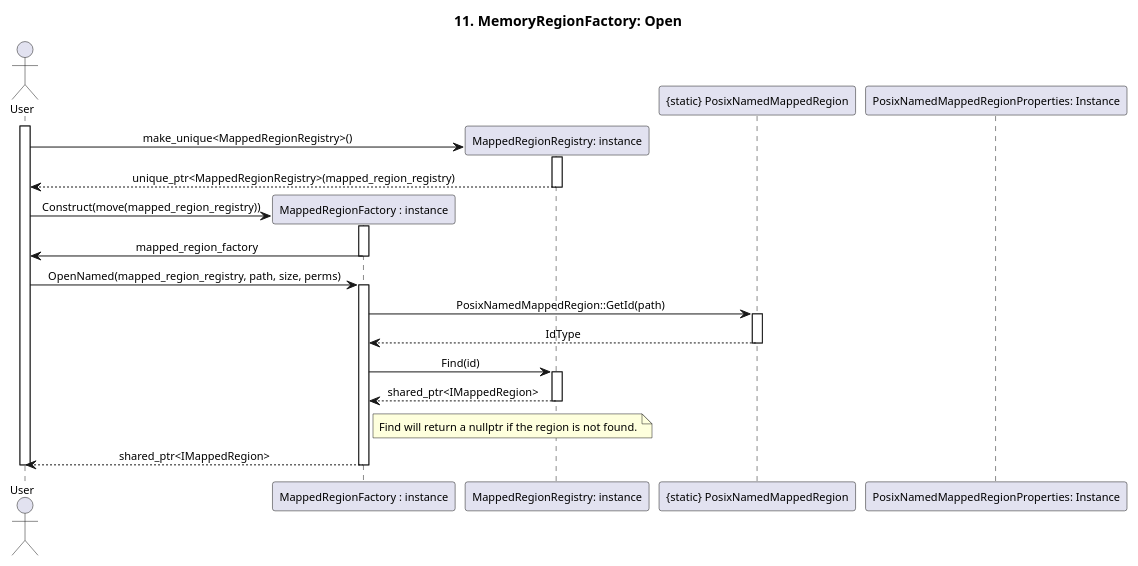
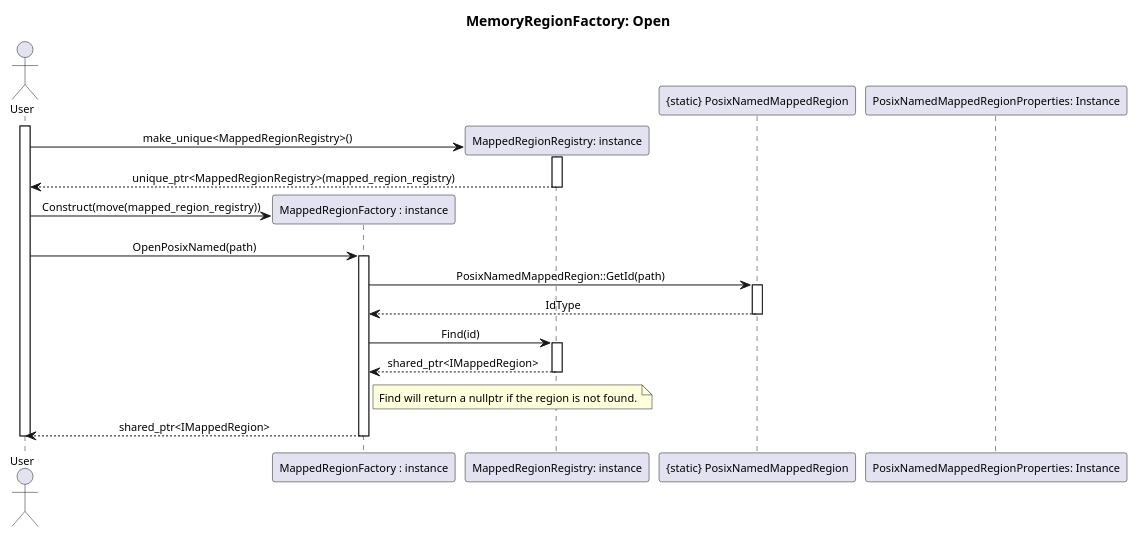
Before and after one commit to eclipse-score/communication: the diagram in score/memory/shared/design/redesign_proposal/assets/seq_11_mapped_region_factory_open.puml, drawn with PlantUML. The commit also changed 32 other files, not shown here.

Commit message:
Adapt sequences, class diagram and extended README.md

```diff
--- a/score/memory/shared/design/redesign_proposal/assets/seq_11_mapped_region_factory_open.puml
+++ b/score/memory/shared/design/redesign_proposal/assets/seq_11_mapped_region_factory_open.puml
@@ -1,55 +1,52 @@
 @startuml seq_11_mapped_region_factory_open
-title 11. MemoryRegionFactory: Open
+title MemoryRegionFactory: Open
 skinparam defaultFontSize 11
 skinparam sequenceMessageAlign center
 
 actor "User" as User
 participant "MappedRegionFactory : instance" as mapped_region_factory
 participant "MappedRegionRegistry: instance" as mapped_region_registry
 ' participant "IMappedRegionRegistry" as mapped_region_registry
 participant "{static} PosixNamedMappedRegion" as mapped_region
 participant "PosixNamedMappedRegionProperties: Instance" as posix_named_mapped_region_properties
 
 activate User
 
 Create mapped_region_registry
 User -> mapped_region_registry : make_unique<MappedRegionRegistry>()
 activate mapped_region_registry
 
 mapped_region_registry --> User : unique_ptr<MappedRegionRegistry>(mapped_region_registry)
 deactivate mapped_region_registry
 
 Create mapped_region_factory
 User -> mapped_region_factory : Construct(move(mapped_region_registry))
-activate mapped_region_factory
 
-mapped_region_factory -> User : mapped_region_factory
-deactivate mapped_region_factory
 
-User -> mapped_region_factory : OpenNamed(mapped_region_registry, path, size, perms)
+User -> mapped_region_factory : OpenPosixNamed(path)
 activate mapped_region_factory
 
 ' mapped_region_factory -> mapped_region_factory : CreateId(path)
 
 mapped_region_factory -> mapped_region : PosixNamedMappedRegion::GetId(path)
 activate mapped_region
 
 mapped_region --> mapped_region_factory : IdType
 deactivate mapped_region
 
 mapped_region_factory -> mapped_region_registry : Find(id)
 activate mapped_region_registry
 
 mapped_region_registry --> mapped_region_factory : shared_ptr<IMappedRegion>
 deactivate mapped_region_registry
 
 note right of mapped_region_factory
     Find will return a nullptr if the region is not found.
 end note
 
 mapped_region_factory --> User : shared_ptr<IMappedRegion>
     
 deactivate mapped_region_factory
 deactivate User
 
 @enduml
```
